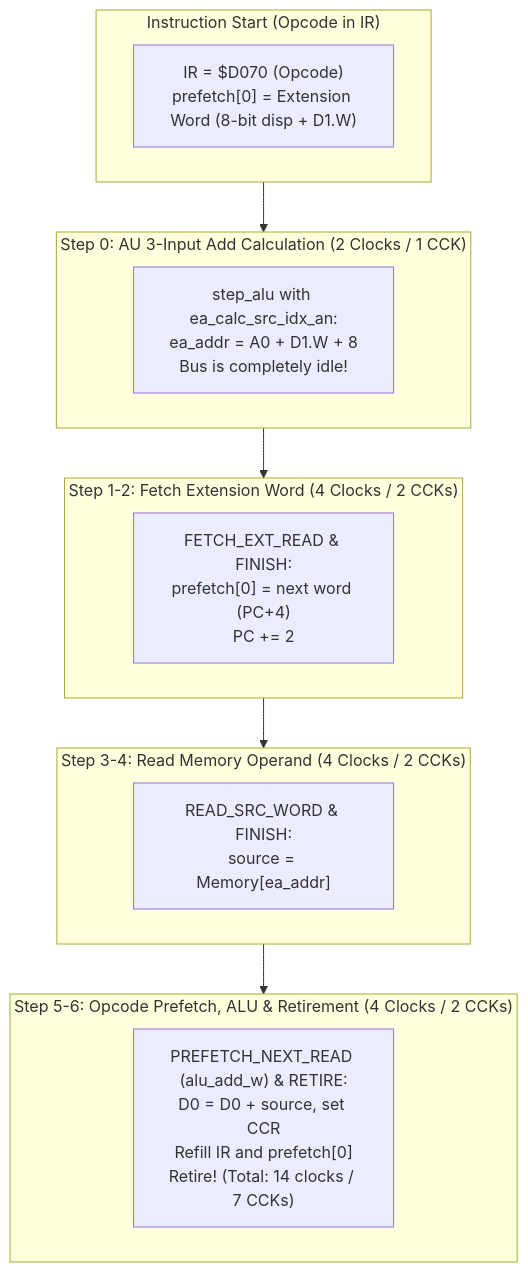
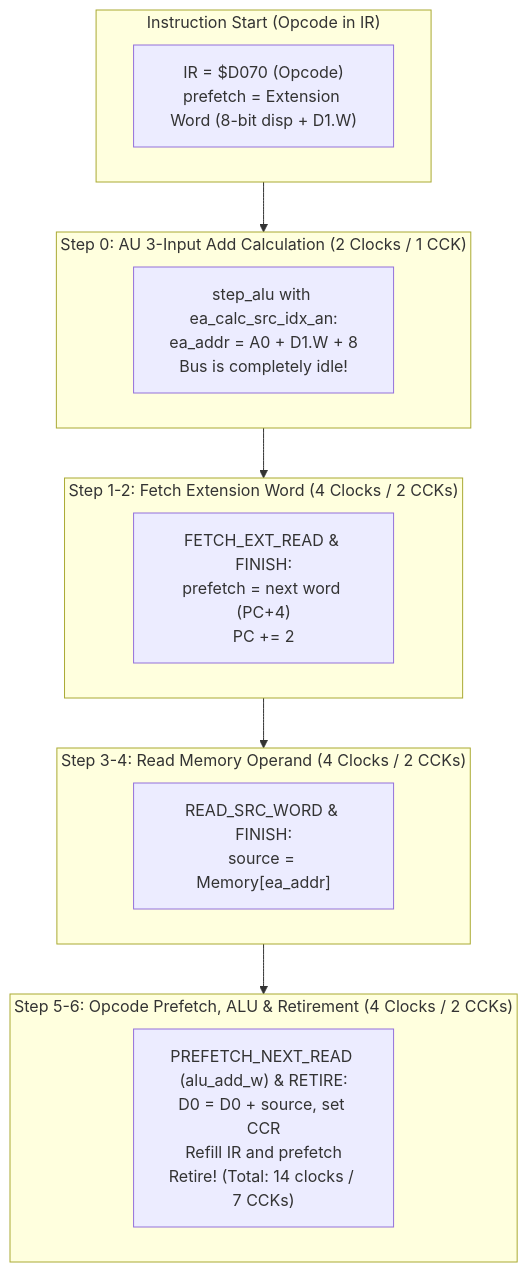
The third of 4 diagrams in Obsidian/Amiga/Design/CPU Micro-Step State Machine.md (tomek-anuszkiewicz/amiga-studio), drawn with Mermaid before and after one commit. The commit also changed other lines of this file and 50 other files, not shown here.

````diff
--- a/Obsidian/Amiga/Design/CPU Micro-Step State Machine.md
+++ b/Obsidian/Amiga/Design/CPU Micro-Step State Machine.md
@@ -443,24 +443,24 @@
 ```mermaid
 flowchart TD
     subgraph P["Instruction Start (Opcode in IR)"]
-        IR["IR = $D070 (Opcode)<br/>prefetch[0] = Extension Word (8-bit disp + D1.W)"]
+        IR["IR = $D070 (Opcode)<br/>prefetch = Extension Word (8-bit disp + D1.W)"]
     end
 
     subgraph S0["Step 0: AU 3-Input Add Calculation (2 Clocks / 1 CCK)"]
         EA["step_alu with ea_calc_src_idx_an:<br/>ea_addr = A0 + D1.W + 8<br/>Bus is completely idle!"]
     end
 
     subgraph S1["Step 1-2: Fetch Extension Word (4 Clocks / 2 CCKs)"]
-        FetchExt["FETCH_EXT_READ & FINISH:<br/>prefetch[0] = next word (PC+4)<br/>PC += 2"]
+        FetchExt["FETCH_EXT_READ & FINISH:<br/>prefetch = next word (PC+4)<br/>PC += 2"]
     end
 
     subgraph S2["Step 3-4: Read Memory Operand (4 Clocks / 2 CCKs)"]
         ReadOp["READ_SRC_WORD & FINISH:<br/>source = Memory[ea_addr]"]
     end
 
     subgraph S3["Step 5-6: Opcode Prefetch, ALU & Retirement (4 Clocks / 2 CCKs)"]
-        Prefetch["PREFETCH_NEXT_READ (alu_add_w) & RETIRE:<br/>D0 = D0 + source, set CCR<br/>Refill IR and prefetch[0]<br/>Retire! (Total: 14 clocks / 7 CCKs)"]
+        Prefetch["PREFETCH_NEXT_READ (alu_add_w) & RETIRE:<br/>D0 = D0 + source, set CCR<br/>Refill IR and prefetch<br/>Retire! (Total: 14 clocks / 7 CCKs)"]
     end
 
     P --> S0 --> S1 --> S2 --> S3
 ```
````
